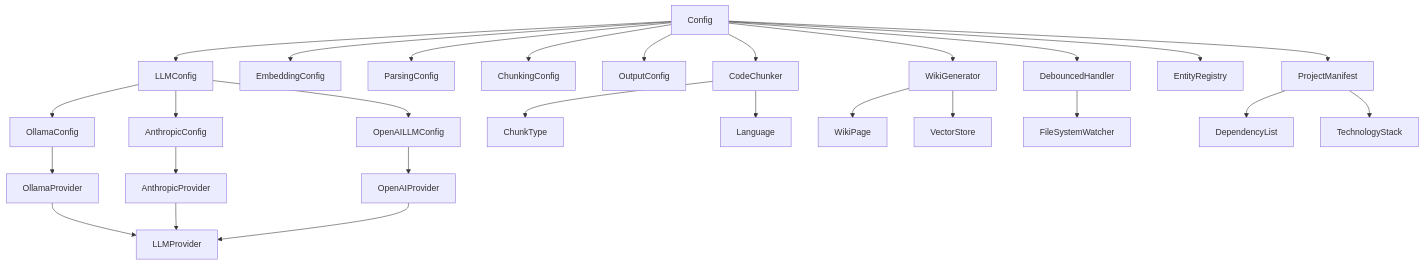
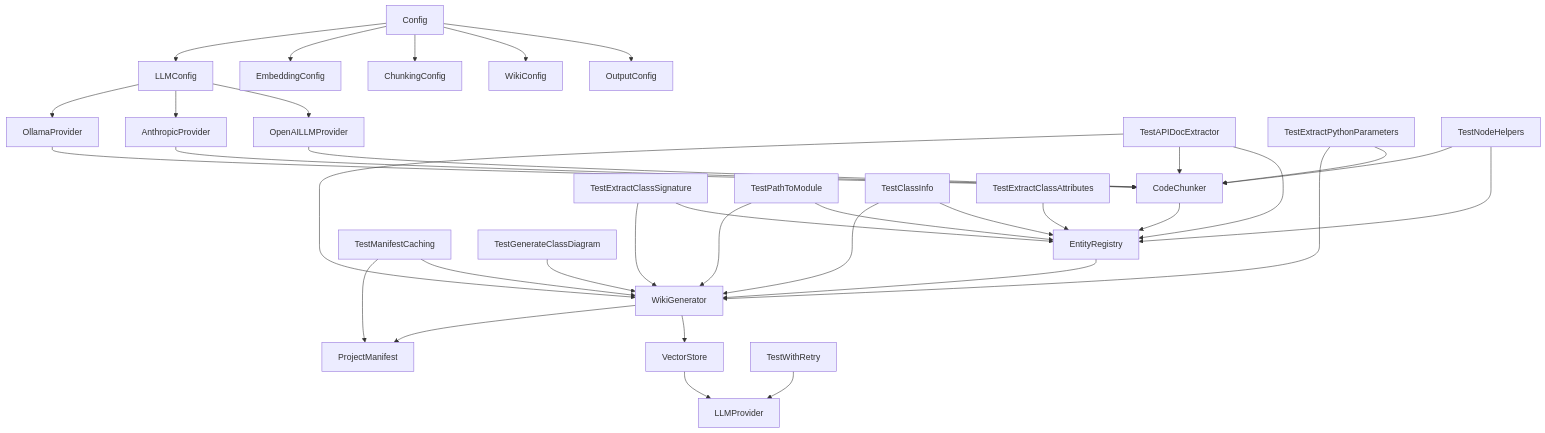
The diagram in .deepwiki/architecture.md (UrbanDiver/local-deepwiki-mcp), drawn with Mermaid before and after one commit. The commit also changed other lines of this file and 30 other files, not shown here.

````diff
--- a/.deepwiki/architecture.md
+++ b/.deepwiki/architecture.md
@@ -81,37 +75,51 @@
 ```mermaid
 graph TD
     A[Config] --> B[LLMConfig]
     A --> C[EmbeddingConfig]
-    A --> D[ParsingConfig]
-    A --> E[ChunkingConfig]
+    A --> D[ChunkingConfig]
+    A --> E[WikiConfig]
     A --> F[OutputConfig]
-
-    B --> G[OllamaConfig]
-    B --> H[AnthropicConfig]
-    B --> I[OpenAILLMConfig]
-
-    G --> J[OllamaProvider]
-    H --> K[AnthropicProvider]
-    I --> L[OpenAIProvider]
-
-    A --> M[CodeChunker]
-    A --> N[ProjectManifest]
-    A --> O[DebouncedHandler]
-    A --> P[EntityRegistry]
-    A --> Q[WikiGenerator]
-
-    M --> R[ChunkType]
-    M --> S[Language]
-
-    Q --> T[WikiPage]
-    Q --> U[VectorStore]
-
-    O --> V[FileSystemWatcher]
-
-    N --> W[DependencyList]
-    N --> X[TechnologyStack]
-
-    J --> Y[LLMProvider]
-    K --> Y
-    L --> Y
+    
+    B --> G[OllamaProvider]
+    B --> H[AnthropicProvider]
+    B --> I[OpenAILLMProvider]
+    
+    G --> J[CodeChunker]
+    H --> J
+    I --> J
+    
+    J --> K[EntityRegistry]
+    K --> L[WikiGenerator]
+    
+    L --> M[ProjectManifest]
+    L --> N[VectorStore]
+    N --> O[LLMProvider]
+    
+    P[TestAPIDocExtractor] --> L
+    P --> J
+    P --> K
+    
+    Q[TestExtractClassSignature] --> L
+    Q --> K
+    
+    R[TestExtractPythonParameters] --> L
+    R --> J
+    
+    S[TestManifestCaching] --> M
+    S --> L
+    
+    T[TestNodeHelpers] --> J
+    T --> K
+    
+    U[TestPathToModule] --> L
+    U --> K
+    
+    V[TestWithRetry] --> O
+    
+    W[TestGenerateClassDiagram] --> L
+    
+    X[TestClassInfo] --> L
+    X --> K
+    
+    Y[TestExtractClassAttributes] --> K
 ```
````
